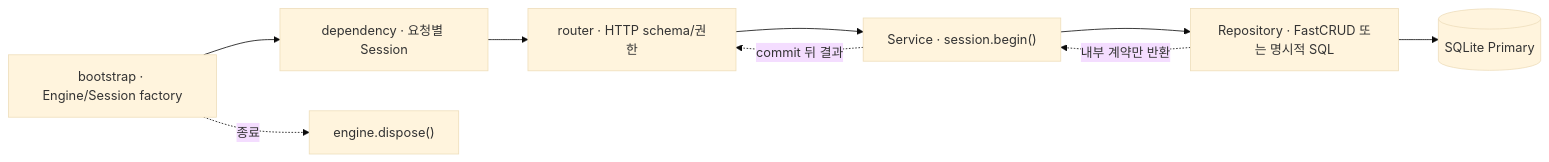
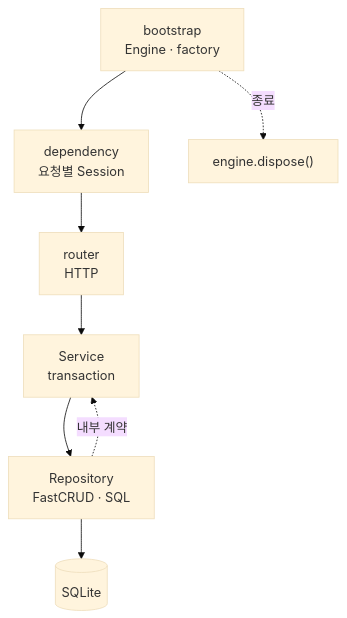
One commit to Dae-Jeong/BackendTemplate changed the diagram in design/implementations/fastapi-fastcrud.md. Above: the diagram before and after it, drawn with Mermaid (base theme). The commit also changed other lines of this file, not shown here.

Commit message:
docs: clarify FastCRUD setup proposal

````diff
--- a/design/implementations/fastapi-fastcrud.md
+++ b/design/implementations/fastapi-fastcrud.md
@@ -79,11 +89,10 @@
 ```mermaid
-flowchart LR
-    BOOT["bootstrap · Engine/Session factory"] --> DEP["dependency · 요청별 Session"]
-    DEP --> ROUTER["router · HTTP schema/권한"]
-    ROUTER --> SERVICE["Service · session.begin()"]
-    SERVICE --> REPO["Repository · FastCRUD 또는 명시적 SQL"]
-    REPO --> DB[("SQLite Primary")]
-    REPO -. "내부 계약만 반환" .-> SERVICE
-    SERVICE -. "commit 뒤 결과" .-> ROUTER
+flowchart TD
+    BOOT["bootstrap<br/>Engine · factory"] --> DEP["dependency<br/>요청별 Session"]
+    DEP --> ROUTER["router<br/>HTTP"]
+    ROUTER --> SERVICE["Service<br/>transaction"]
+    SERVICE --> REPO["Repository<br/>FastCRUD · SQL"]
+    REPO --> DB[("SQLite")]
+    REPO -. "내부 계약" .-> SERVICE
     BOOT -. "종료" .-> DISPOSE["engine.dispose()"]
 ```
````
